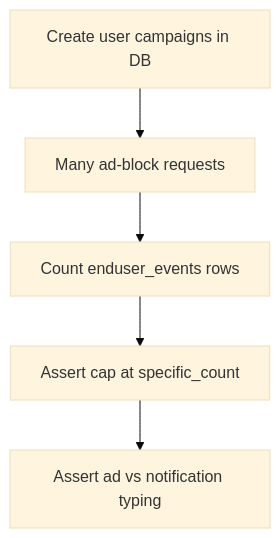
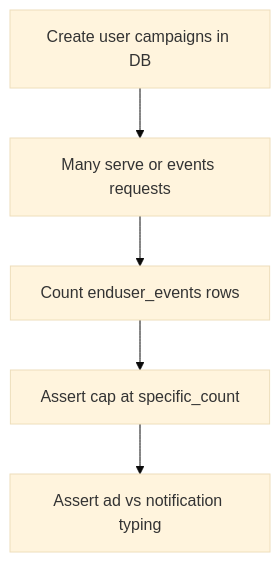
The diagram in tests/user-flow/extension/README.md (rishi23root/ads_platform), drawn with Mermaid (base theme) before and after one commit. The commit also changed other lines of this file and 164 other files, not shown here.

````diff
--- a/tests/user-flow/extension/README.md
+++ b/tests/user-flow/extension/README.md
@@ -81,7 +70,7 @@
 ```mermaid
 flowchart TD
-  setup[Create user campaigns in DB] --> loop[Many ad-block requests]
+  setup[Create user campaigns in DB] --> loop[Many serve or events requests]
   loop --> count[Count enduser_events rows]
   count --> cap[Assert cap at specific_count]
   cap --> types[Assert ad vs notification typing]
 ```
````
